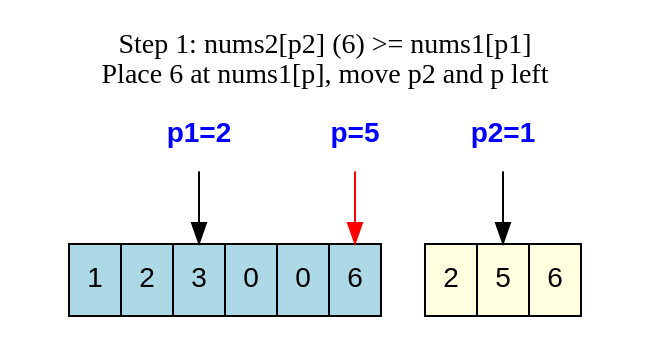
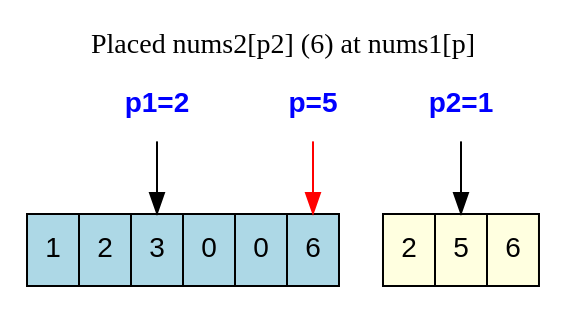
The diagram in 088-merge-sorted-array/dot/step1.dot (jensonp/leetcode), drawn with Graphviz before and after one commit. The commit also changed 21 other files, not shown here.

```diff
--- a/088-merge-sorted-array/dot/step1.dot
+++ b/088-merge-sorted-array/dot/step1.dot
@@ -1,15 +1,13 @@
 digraph G {
     rankdir=TB;
     node [shape=record, fontname="Helvetica", style=filled, fillcolor=white];
-    
     nums1 [label="<f0> 1|<f1> 2|<f2> 3|<f3> 0|<f4> 0|<f5> 6", fillcolor=lightblue];
     nums2 [label="<f0> 2|<f1> 5|<f2> 6", fillcolor=lightyellow];
-    
     node [shape=plaintext, fillcolor=none, fontcolor=blue, fontname="Helvetica-Bold"];
     p1 [label="p1=2"]; p1 -> nums1:f2;
 p2 [label="p2=1"]; p2 -> nums2:f1;
 p [label="p=5"]; p -> nums1:f5 [color=red, fontcolor=red];
     labelloc="t";
-    label="Step 1: nums2[p2] (6) >= nums1[p1]\nPlace 6 at nums1[p], move p2 and p left";
+    label="Placed nums2[p2] (6) at nums1[p]";
     fontsize=14;
 }
```
